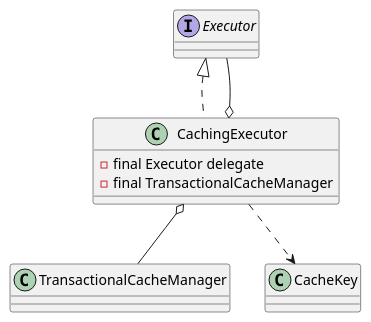
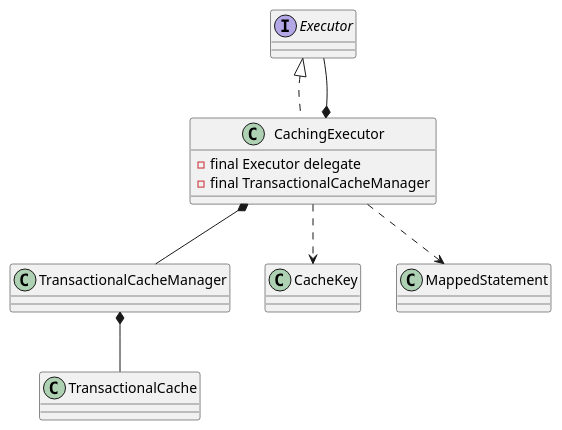
One commit to onlyonion/development changed the diagram in docs/20-framework/src/mybatis/mybatis/executor/CachingExecutor.md. Above: the diagram before and after it, drawn with PlantUML. The commit also changed other lines of this file and 30 other files, not shown here.

````diff
--- a/docs/20-framework/src/mybatis/mybatis/executor/CachingExecutor.md
+++ b/docs/20-framework/src/mybatis/mybatis/executor/CachingExecutor.md
@@ -4,16 +4,20 @@
 ```plantuml
 @startuml
 
 interface Executor
 Executor ^.. CachingExecutor
 class CachingExecutor {
     - final Executor delegate
     - final TransactionalCacheManager
 }
 
-CachingExecutor o-- Executor
-CachingExecutor o-- TransactionalCacheManager
+CachingExecutor *-- Executor
+CachingExecutor *-- TransactionalCacheManager
+
+TransactionalCacheManager *-- TransactionalCache
 CachingExecutor ..> CacheKey
+
+CachingExecutor ..> MappedStatement
 
 @enduml
 ```
````
